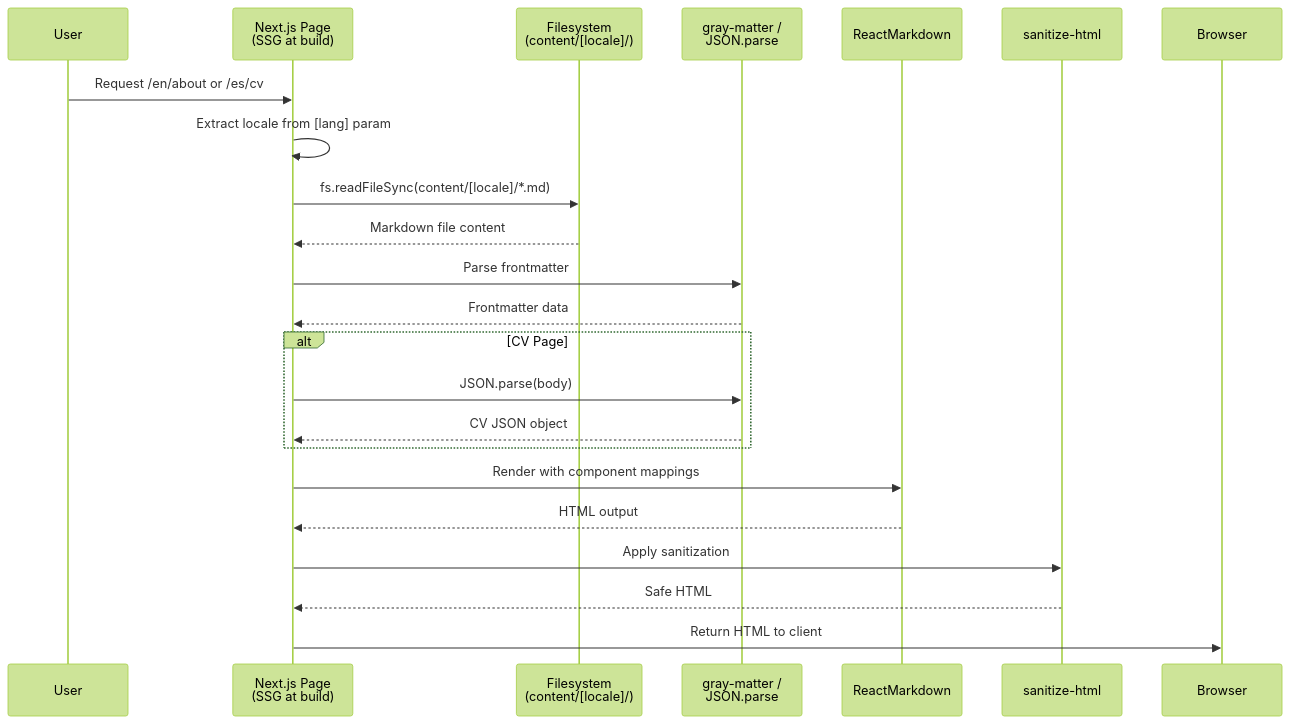
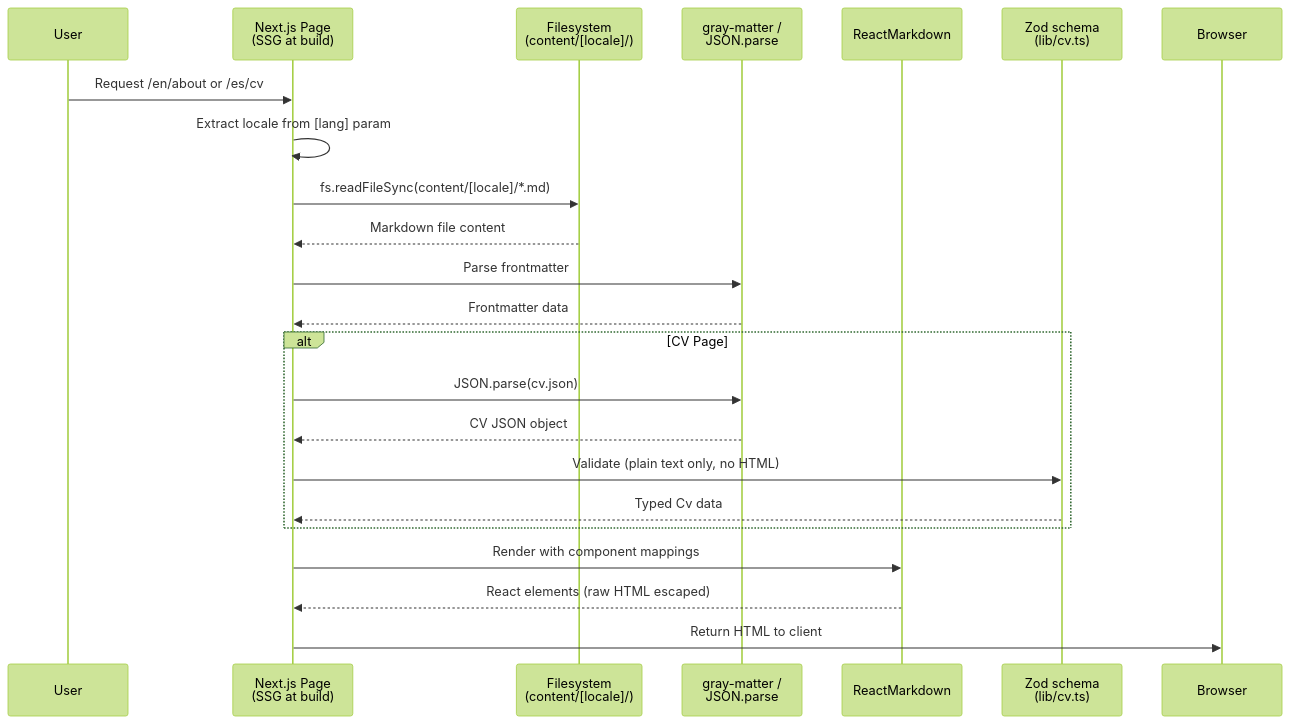
Before and after one commit to vicenteopaso/vicenteopaso-sdd: the second of 6 diagrams in docs/ARCHITECTURE.md, drawn with Mermaid (forest theme). The commit also changed other lines of this file and 10 other files, not shown here.

First line of the commit message:
docs: replace stale sanitize-html and next-sitemap references (#468)

````diff
--- a/docs/ARCHITECTURE.md
+++ b/docs/ARCHITECTURE.md
@@ -120,28 +120,28 @@
 ```mermaid
 sequenceDiagram
     participant User
     participant NextJS as Next.js Page<br/>(SSG at build)
     participant FS as Filesystem<br/>(content/[locale]/)
     participant Parser as gray-matter /<br/>JSON.parse
     participant Markdown as ReactMarkdown
-    participant Sanitizer as sanitize-html
+    participant Schema as Zod schema<br/>(lib/cv.ts)
     participant Browser
 
     User->>NextJS: Request /en/about or /es/cv
     NextJS->>NextJS: Extract locale from [lang] param
     NextJS->>FS: fs.readFileSync(content/[locale]/*.md)
     FS-->>NextJS: Markdown file content
     NextJS->>Parser: Parse frontmatter
     Parser-->>NextJS: Frontmatter data
 
     alt CV Page
-        NextJS->>Parser: JSON.parse(body)
+        NextJS->>Parser: JSON.parse(cv.json)
         Parser-->>NextJS: CV JSON object
+        NextJS->>Schema: Validate (plain text only, no HTML)
+        Schema-->>NextJS: Typed Cv data
     end
 
     NextJS->>Markdown: Render with component mappings
-    Markdown-->>NextJS: HTML output
-    NextJS->>Sanitizer: Apply sanitization
-    Sanitizer-->>NextJS: Safe HTML
+    Markdown-->>NextJS: React elements (raw HTML escaped)
     NextJS->>Browser: Return HTML to client
 ```
````
